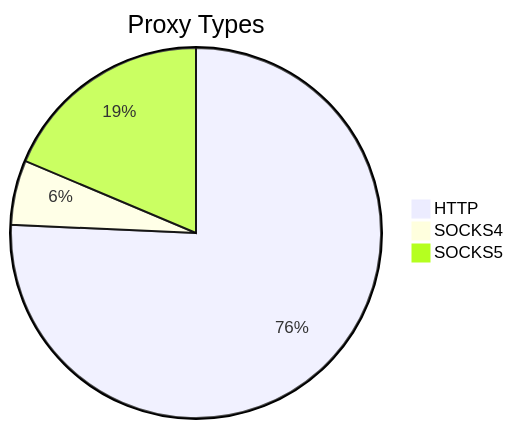
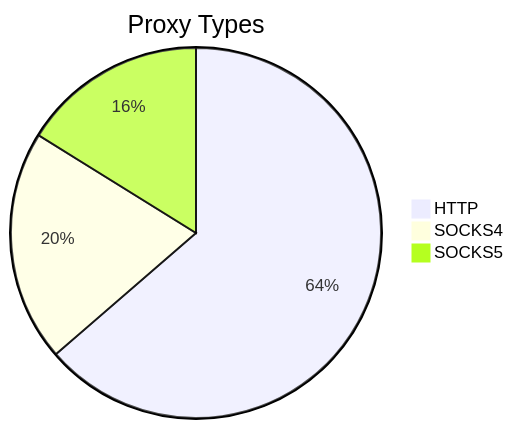
Before and after one commit to stormsia/proxy-list: the first of 2 diagrams in README.md, drawn with Mermaid. The commit also changed other lines of this file, not shown here.

````diff
--- a/README.md
+++ b/README.md
@@ -21,6 +21,6 @@
 ```mermaid
 pie title Proxy Types
-    "HTTP" : 134
-    "SOCKS4" : 10
-    "SOCKS5" : 33
+    "HTTP" : 457
+    "SOCKS4" : 145
+    "SOCKS5" : 116
 ```
````
